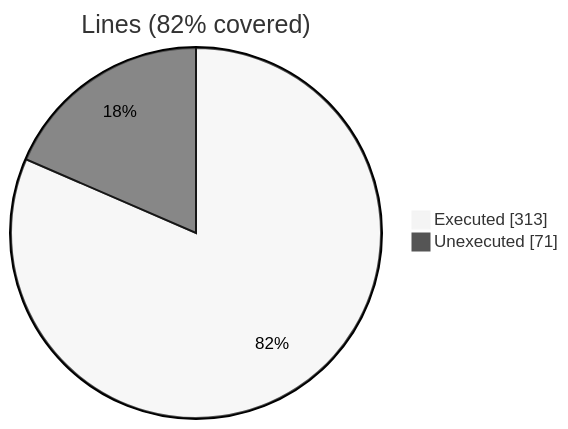
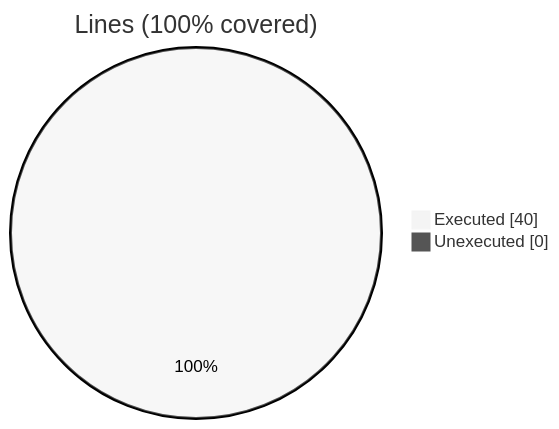
One commit to szaghi/FOSSIL changed the first of 34 diagrams in docs/guide/coverage-analysis.md. Above: the diagram before and after it, drawn with Mermaid (neutral theme). The commit also changed other lines of this file and 40 other files, not shown here.

````diff
--- a/docs/guide/coverage-analysis.md
+++ b/docs/guide/coverage-analysis.md
@@ -12,6 +12,6 @@
 ```mermaid
 pie showData
-    title Lines (82% covered)
-    "Executed" : 313
-    "Unexecuted" : 71
+    title Lines (100% covered)
+    "Executed" : 40
+    "Unexecuted" : 0
 ```
````
